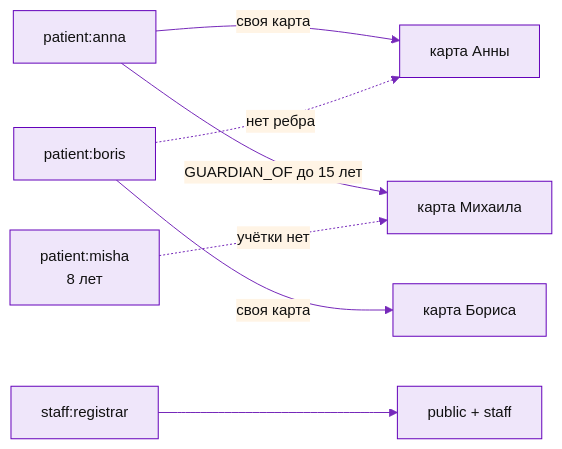
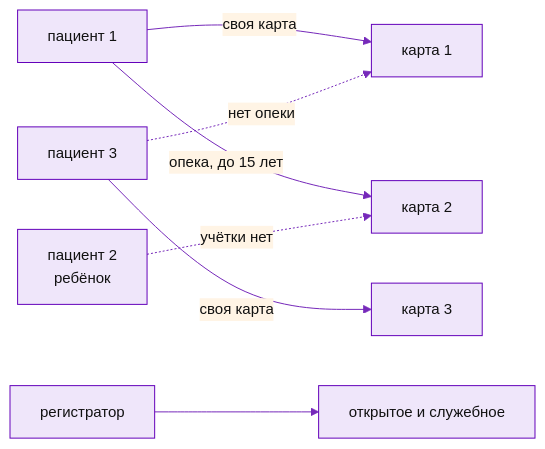
Before and after one commit to divisee/otus-ai-architect: the diagram in final-project/slides/rebac.mmd, drawn with Mermaid. The commit also changed 13 other files, not shown here.

```diff
--- a/final-project/slides/rebac.mmd
+++ b/final-project/slides/rebac.mmd
@@ -1,9 +1,9 @@
 %%{init: {'theme':'base','themeVariables':{'primaryColor':'#efe6fa','primaryTextColor':'#111111','primaryBorderColor':'#6402ba','lineColor':'#7629ba','secondaryColor':'#fff4e5','tertiaryColor':'#f4f4ff','fontFamily':'Roboto, Arial, sans-serif','fontSize':'15px','actorBkg':'#efe6fa','actorBorder':'#6402ba','actorTextColor':'#111111','signalColor':'#6402ba','signalTextColor':'#111111','noteBkgColor':'#fff4e5','noteBorderColor':'#ffab40'}}}%%
 
 flowchart LR
-    Anna[patient:anna] -->|своя карта| CardA[карта Анны]
-    Anna -->|GUARDIAN_OF до 15 лет| CardM[карта Михаила]
-    Misha[patient:misha<br/>8 лет] -.->|учётки нет| CardM
-    Boris[patient:boris] -->|своя карта| CardB[карта Бориса]
-    Boris -.->|нет ребра| CardA
-    Staff[staff:registrar] --> Pub[public + staff]
+    P1[пациент 1] -->|своя карта| C1[карта 1]
+    P1 -->|опека, до 15 лет| C2[карта 2]
+    P2[пациент 2<br/>ребёнок] -.->|учётки нет| C2
+    P3[пациент 3] -->|своя карта| C3[карта 3]
+    P3 -.->|нет опеки| C1
+    Staff[регистратор] --> Pub[открытое и служебное]
```
